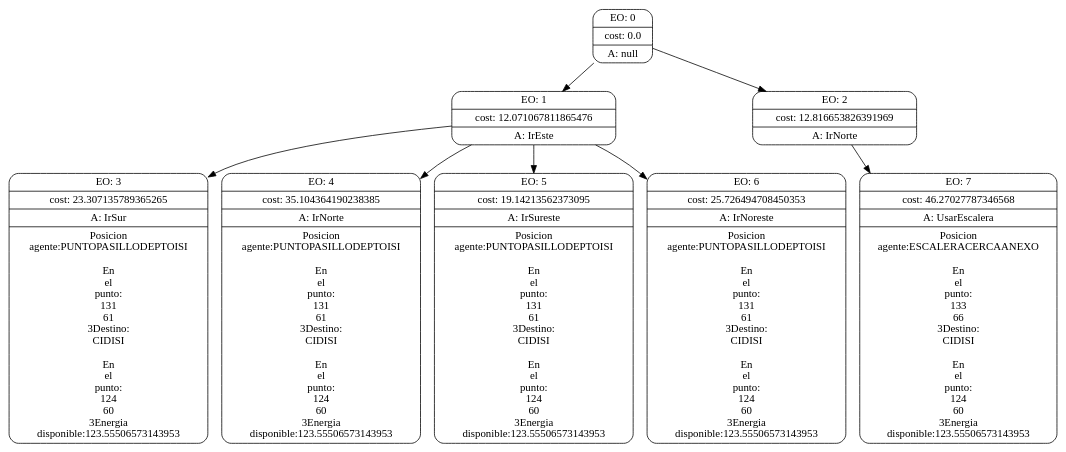
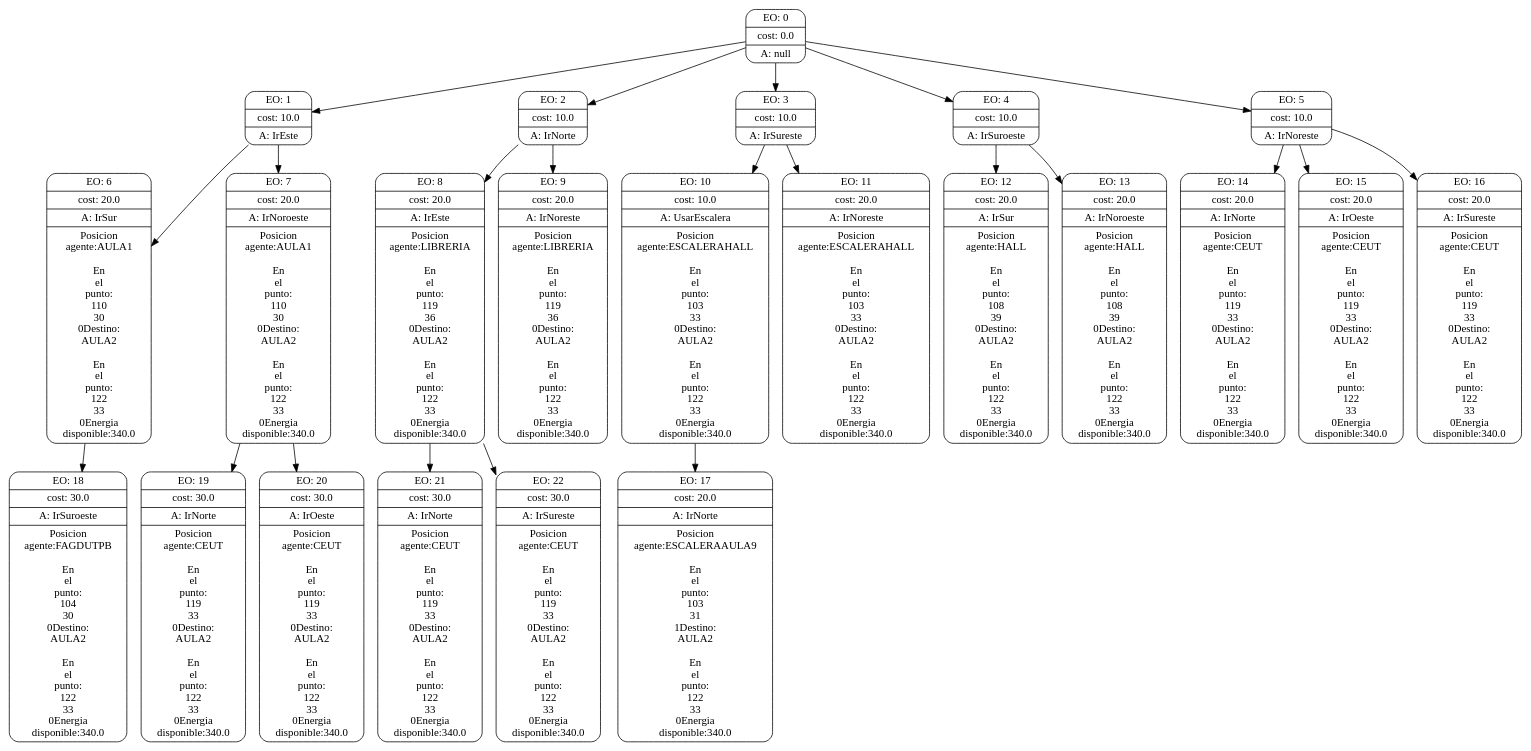
One commit to matiassequeira/repoIA changed the diagram in searchGVTrees/16.dot. Above: the diagram before and after it, drawn with Graphviz. The commit also changed 48 other files, not shown here.

```diff
--- a/searchGVTrees/16.dot
+++ b/searchGVTrees/16.dot
@@ -1,42 +1,123 @@
 digraph g {
 node [shape = Mrecord];
 nodo0[label="{EO: 0|cost: 0.0|A: null}"]
-nodo1[label="{EO: 1|cost: 12.071067811865476|A: IrEste}"]
-nodo3[label="{EO: 3|cost: 23.307135789365265|A: IrSur|Posicion\nagente:PUNTOPASILLODEPTOISI\n\nEn\nel\npunto:\n131\n61\n3
-Destino:\nCIDISI\n\nEn\nel\npunto:\n124\n60\n3
-Energia\ndisponible:123.55506573143953
+nodo1[label="{EO: 1|cost: 10.0|A: IrEste}"]
+nodo6[label="{EO: 6|cost: 20.0|A: IrSur|Posicion\nagente:AULA1\n\nEn\nel\npunto:\n110\n30\n0
+Destino:\nAULA2\n\nEn\nel\npunto:\n122\n33\n0
+Energia\ndisponible:340.0
+}"]
+nodo18[label="{EO: 18|cost: 30.0|A: IrSuroeste|Posicion\nagente:FAGDUTPB\n\nEn\nel\npunto:\n104\n30\n0
+Destino:\nAULA2\n\nEn\nel\npunto:\n122\n33\n0
+Energia\ndisponible:340.0
 }"]
 
-nodo1 -> nodo3;
-nodo4[label="{EO: 4|cost: 35.104364190238385|A: IrNorte|Posicion\nagente:PUNTOPASILLODEPTOISI\n\nEn\nel\npunto:\n131\n61\n3
-Destino:\nCIDISI\n\nEn\nel\npunto:\n124\n60\n3
-Energia\ndisponible:123.55506573143953
+nodo6 -> nodo18;
+
+nodo1 -> nodo6;
+nodo7[label="{EO: 7|cost: 20.0|A: IrNoroeste|Posicion\nagente:AULA1\n\nEn\nel\npunto:\n110\n30\n0
+Destino:\nAULA2\n\nEn\nel\npunto:\n122\n33\n0
+Energia\ndisponible:340.0
+}"]
+nodo19[label="{EO: 19|cost: 30.0|A: IrNorte|Posicion\nagente:CEUT\n\nEn\nel\npunto:\n119\n33\n0
+Destino:\nAULA2\n\nEn\nel\npunto:\n122\n33\n0
+Energia\ndisponible:340.0
 }"]
 
-nodo1 -> nodo4;
-nodo5[label="{EO: 5|cost: 19.14213562373095|A: IrSureste|Posicion\nagente:PUNTOPASILLODEPTOISI\n\nEn\nel\npunto:\n131\n61\n3
-Destino:\nCIDISI\n\nEn\nel\npunto:\n124\n60\n3
-Energia\ndisponible:123.55506573143953
+nodo7 -> nodo19;
+nodo20[label="{EO: 20|cost: 30.0|A: IrOeste|Posicion\nagente:CEUT\n\nEn\nel\npunto:\n119\n33\n0
+Destino:\nAULA2\n\nEn\nel\npunto:\n122\n33\n0
+Energia\ndisponible:340.0
 }"]
 
-nodo1 -> nodo5;
-nodo6[label="{EO: 6|cost: 25.726494708450353|A: IrNoreste|Posicion\nagente:PUNTOPASILLODEPTOISI\n\nEn\nel\npunto:\n131\n61\n3
-Destino:\nCIDISI\n\nEn\nel\npunto:\n124\n60\n3
-Energia\ndisponible:123.55506573143953
+nodo7 -> nodo20;
+
+nodo1 -> nodo7;
+
+nodo0 -> nodo1;
+nodo2[label="{EO: 2|cost: 10.0|A: IrNorte}"]
+nodo8[label="{EO: 8|cost: 20.0|A: IrEste|Posicion\nagente:LIBRERIA\n\nEn\nel\npunto:\n119\n36\n0
+Destino:\nAULA2\n\nEn\nel\npunto:\n122\n33\n0
+Energia\ndisponible:340.0
+}"]
+nodo21[label="{EO: 21|cost: 30.0|A: IrNorte|Posicion\nagente:CEUT\n\nEn\nel\npunto:\n119\n33\n0
+Destino:\nAULA2\n\nEn\nel\npunto:\n122\n33\n0
+Energia\ndisponible:340.0
 }"]
 
-nodo1 -> nodo6;
-
-nodo0 -> nodo1;
-nodo2[label="{EO: 2|cost: 12.816653826391969|A: IrNorte}"]
-nodo7[label="{EO: 7|cost: 46.27027787346568|A: UsarEscalera|Posicion\nagente:ESCALERACERCAANEXO\n\nEn\nel\npunto:\n133\n66\n3
-Destino:\nCIDISI\n\nEn\nel\npunto:\n124\n60\n3
-Energia\ndisponible:123.55506573143953
+nodo8 -> nodo21;
+nodo22[label="{EO: 22|cost: 30.0|A: IrSureste|Posicion\nagente:CEUT\n\nEn\nel\npunto:\n119\n33\n0
+Destino:\nAULA2\n\nEn\nel\npunto:\n122\n33\n0
+Energia\ndisponible:340.0
 }"]
 
-nodo2 -> nodo7;
+nodo8 -> nodo22;
+
+nodo2 -> nodo8;
+nodo9[label="{EO: 9|cost: 20.0|A: IrNoreste|Posicion\nagente:LIBRERIA\n\nEn\nel\npunto:\n119\n36\n0
+Destino:\nAULA2\n\nEn\nel\npunto:\n122\n33\n0
+Energia\ndisponible:340.0
+}"]
+
+nodo2 -> nodo9;
 
 nodo0 -> nodo2;
+nodo3[label="{EO: 3|cost: 10.0|A: IrSureste}"]
+nodo10[label="{EO: 10|cost: 10.0|A: UsarEscalera|Posicion\nagente:ESCALERAHALL\n\nEn\nel\npunto:\n103\n33\n0
+Destino:\nAULA2\n\nEn\nel\npunto:\n122\n33\n0
+Energia\ndisponible:340.0
+}"]
+nodo17[label="{EO: 17|cost: 20.0|A: IrNorte|Posicion\nagente:ESCALERAAULA9\n\nEn\nel\npunto:\n103\n31\n1
+Destino:\nAULA2\n\nEn\nel\npunto:\n122\n33\n0
+Energia\ndisponible:340.0
+}"]
+
+nodo10 -> nodo17;
+
+nodo3 -> nodo10;
+nodo11[label="{EO: 11|cost: 20.0|A: IrNoreste|Posicion\nagente:ESCALERAHALL\n\nEn\nel\npunto:\n103\n33\n0
+Destino:\nAULA2\n\nEn\nel\npunto:\n122\n33\n0
+Energia\ndisponible:340.0
+}"]
+
+nodo3 -> nodo11;
+
+nodo0 -> nodo3;
+nodo4[label="{EO: 4|cost: 10.0|A: IrSuroeste}"]
+nodo12[label="{EO: 12|cost: 20.0|A: IrSur|Posicion\nagente:HALL\n\nEn\nel\npunto:\n108\n39\n0
+Destino:\nAULA2\n\nEn\nel\npunto:\n122\n33\n0
+Energia\ndisponible:340.0
+}"]
+
+nodo4 -> nodo12;
+nodo13[label="{EO: 13|cost: 20.0|A: IrNoroeste|Posicion\nagente:HALL\n\nEn\nel\npunto:\n108\n39\n0
+Destino:\nAULA2\n\nEn\nel\npunto:\n122\n33\n0
+Energia\ndisponible:340.0
+}"]
+
+nodo4 -> nodo13;
+
+nodo0 -> nodo4;
+nodo5[label="{EO: 5|cost: 10.0|A: IrNoreste}"]
+nodo14[label="{EO: 14|cost: 20.0|A: IrNorte|Posicion\nagente:CEUT\n\nEn\nel\npunto:\n119\n33\n0
+Destino:\nAULA2\n\nEn\nel\npunto:\n122\n33\n0
+Energia\ndisponible:340.0
+}"]
+
+nodo5 -> nodo14;
+nodo15[label="{EO: 15|cost: 20.0|A: IrOeste|Posicion\nagente:CEUT\n\nEn\nel\npunto:\n119\n33\n0
+Destino:\nAULA2\n\nEn\nel\npunto:\n122\n33\n0
+Energia\ndisponible:340.0
+}"]
+
+nodo5 -> nodo15;
+nodo16[label="{EO: 16|cost: 20.0|A: IrSureste|Posicion\nagente:CEUT\n\nEn\nel\npunto:\n119\n33\n0
+Destino:\nAULA2\n\nEn\nel\npunto:\n122\n33\n0
+Energia\ndisponible:340.0
+}"]
+
+nodo5 -> nodo16;
+
+nodo0 -> nodo5;
 
 
 }
```
